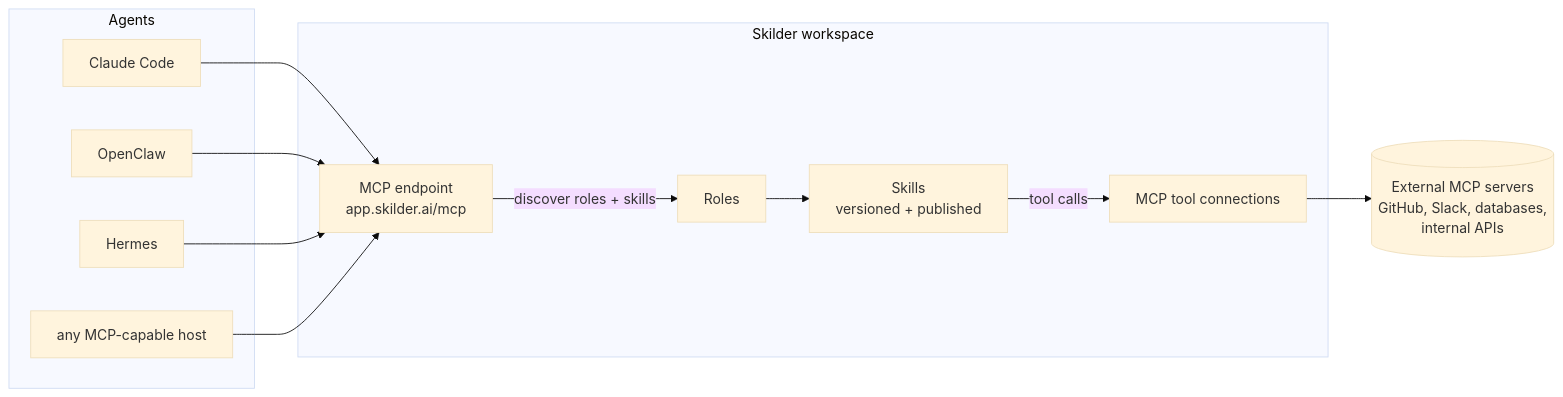
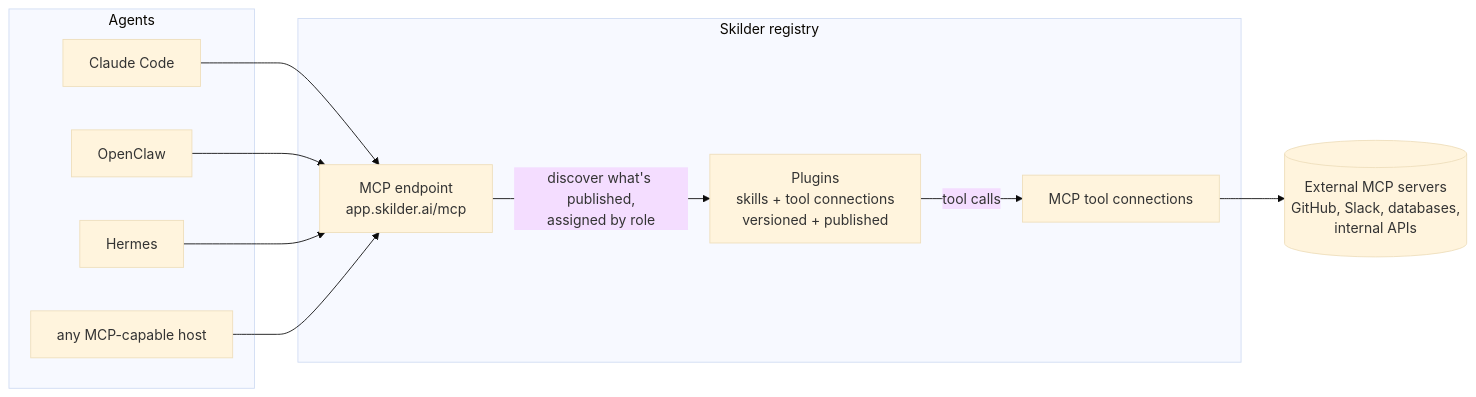
The diagram in README.md (skilder-ai/skills), drawn with Mermaid (base theme) before and after one commit. The commit also changed other lines of this file, not shown here.

First line of the commit message:
Revise README for Skilder lifecycle management updates

````diff
--- a/README.md
+++ b/README.md
@@ -91,27 +96,22 @@
 ```mermaid
 flowchart LR
     subgraph agents["Agents"]
         CC["Claude Code"]
         OC["OpenClaw"]
         HA["Hermes"]
         ANY["any MCP-capable host"]
     end
-
-    subgraph skilder["Skilder workspace"]
+    subgraph skilder["Skilder registry"]
         EP["MCP endpoint<br/>app.skilder.ai/mcp"]
-        ROLES["Roles"]
-        SKILLS["Skills<br/>versioned + published"]
+        PLUGINS["Plugins<br/>skills + tool connections<br/>versioned + published"]
         CONN["MCP tool connections"]
     end
-
     EXT[("External MCP servers<br/>GitHub, Slack, databases,<br/>internal APIs")]
-
     CC --> EP
     OC --> EP
     HA --> EP
     ANY --> EP
-    EP -->|"discover roles + skills"| ROLES
-    ROLES --> SKILLS
-    SKILLS -->|"tool calls"| CONN
+    EP -->|"discover what's published,<br/>assigned by role"| PLUGINS
+    PLUGINS -->|"tool calls"| CONN
     CONN --> EXT
 ```
````
